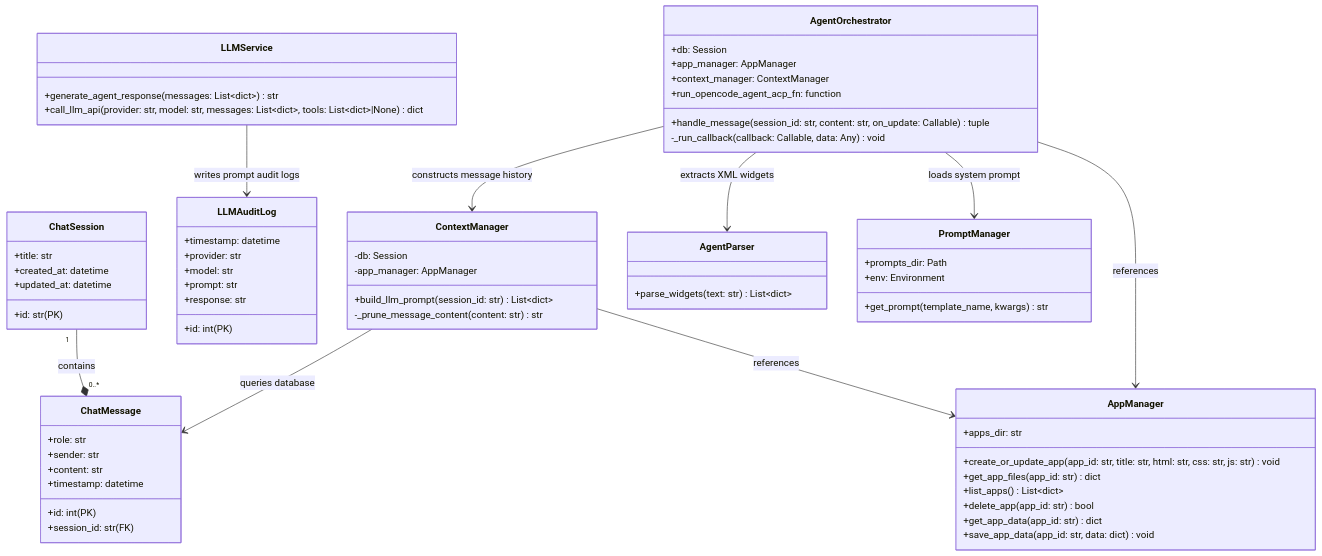
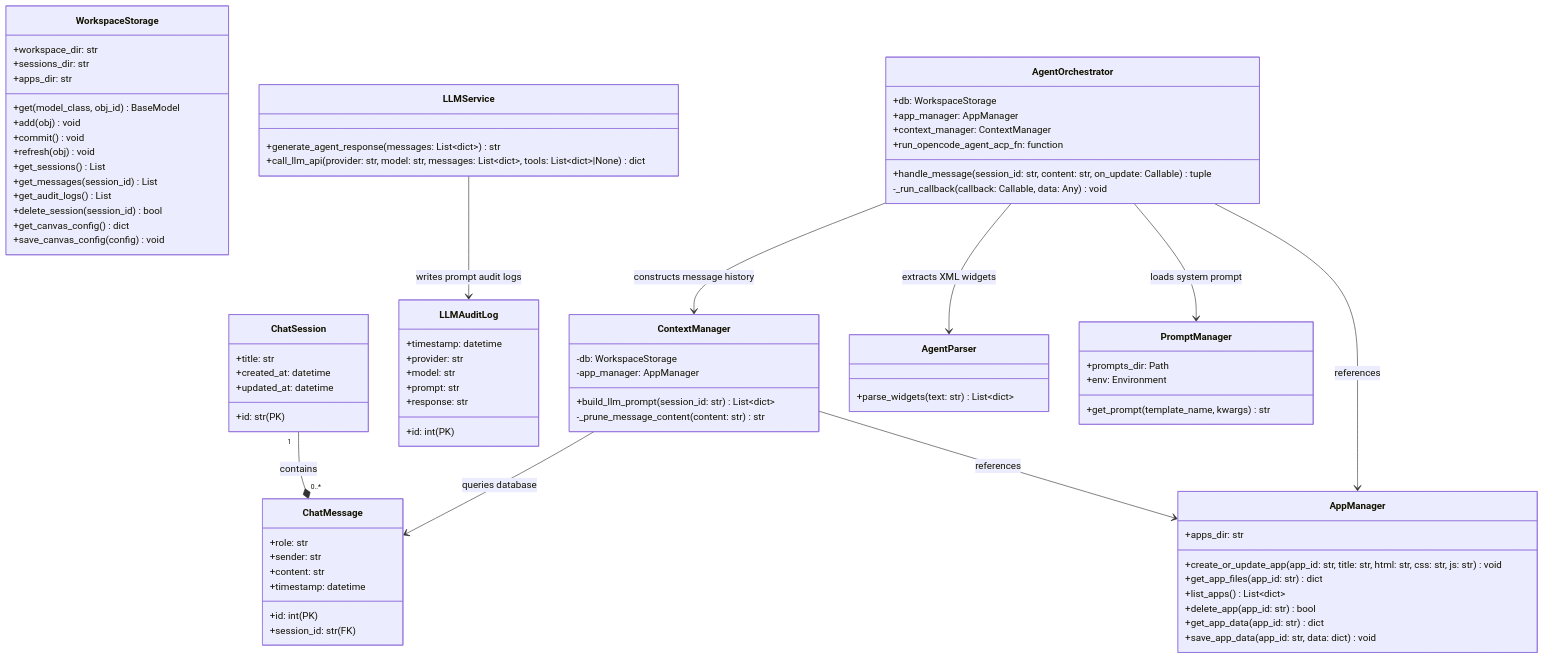
Before and after one commit to BillShiyaoZhang/ambient-agent: the diagram in backend/UML.md, drawn with Mermaid. The commit also changed 19 other files, not shown here.

Commit message:
refactor: replace SQLModel database dependency with custom WorkspaceStorage for session and artifact management

```diff
--- a/backend/UML.md
+++ b/backend/UML.md
@@ -41,8 +41,24 @@
         +save_app_data(app_id: str, data: dict) void
     }
 
+    class WorkspaceStorage {
+        +workspace_dir: str
+        +sessions_dir: str
+        +apps_dir: str
+        +get(model_class, obj_id) BaseModel
+        +add(obj) void
+        +commit() void
+        +refresh(obj) void
+        +get_sessions() List
+        +get_messages(session_id) List
+        +get_audit_logs() List
+        +delete_session(session_id) bool
+        +get_canvas_config() dict
+        +save_canvas_config(config) void
+    }
+
     class ContextManager {
-        -db: Session
+        -db: WorkspaceStorage
         -app_manager: AppManager
         +build_llm_prompt(session_id: str) List~dict~
         -_prune_message_content(content: str) str
@@ -58,7 +74,7 @@
     }
 
     class AgentOrchestrator {
-        +db: Session
+        +db: WorkspaceStorage
         +app_manager: AppManager
         +context_manager: ContextManager
         +run_opencode_agent_acp_fn: function
```
